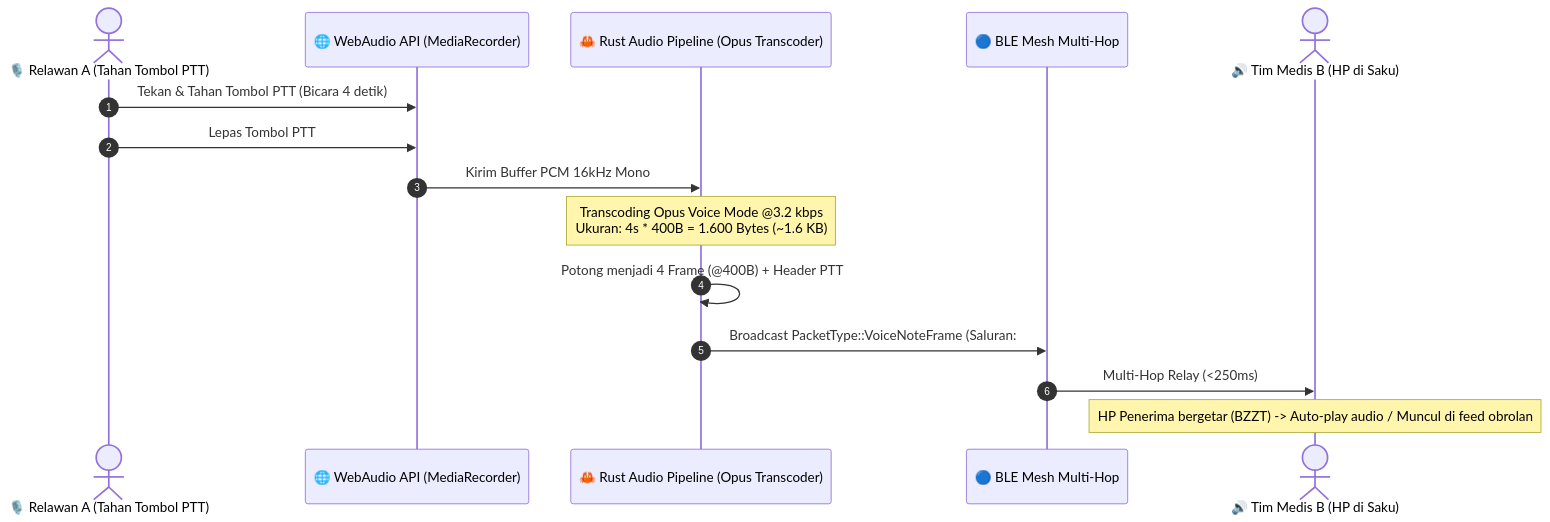
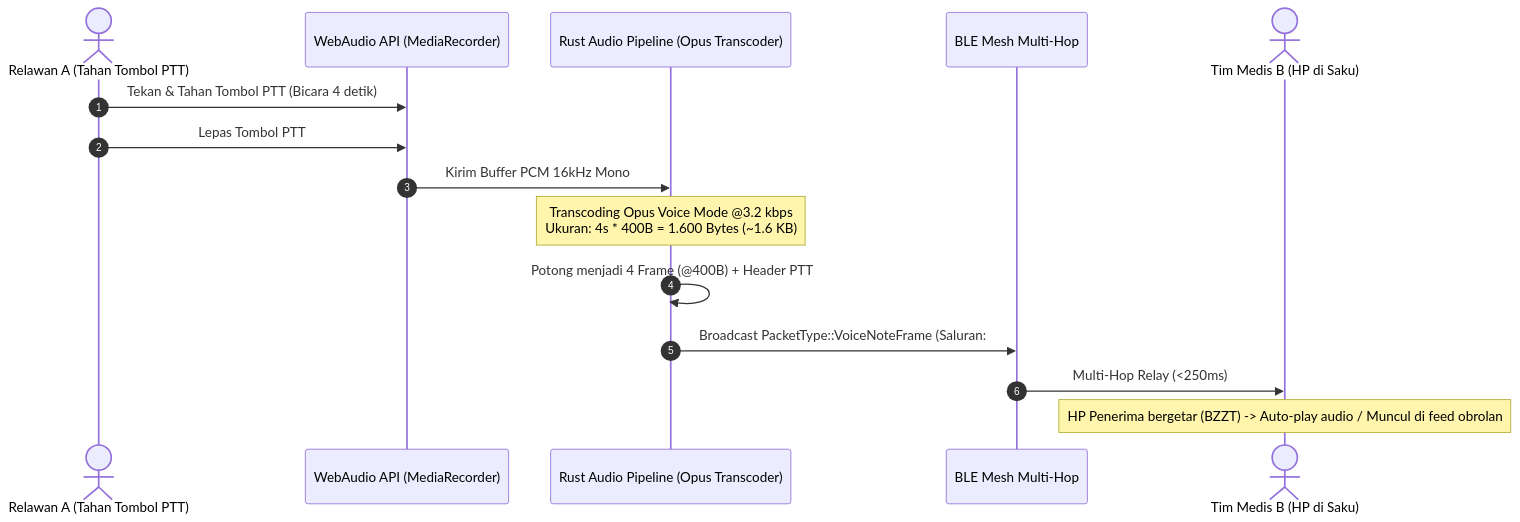
Before and after one commit to untacorp/sandya: the third of 4 diagrams in docs/spesifikasi-mesh-dan-intercom.md, drawn with Mermaid. The commit also changed other lines of this file and 218 other files, not shown here.

````diff
--- a/docs/spesifikasi-mesh-dan-intercom.md
+++ b/docs/spesifikasi-mesh-dan-intercom.md
@@ -203,18 +203,18 @@
 ```mermaid
 sequenceDiagram
-    autonumber
-    actor Pengirim as 🎙️ Relawan A (Tahan Tombol PTT)
-    participant WebAudio as 🌐 WebAudio API (MediaRecorder)
-    participant RustCore as 🦀 Rust Audio Pipeline (Opus Transcoder)
-    participant BLEMesh as 🔵 BLE Mesh Multi-Hop
-    actor Penerima as 🔊 Tim Medis B (HP di Saku)
+  autonumber
+  actor Pengirim as  Relawan A (Tahan Tombol PTT)
+  participant WebAudio as  WebAudio API (MediaRecorder)
+  participant RustCore as  Rust Audio Pipeline (Opus Transcoder)
+  participant BLEMesh as  BLE Mesh Multi-Hop
+  actor Penerima as  Tim Medis B (HP di Saku)
 
-    Pengirim->>WebAudio: Tekan & Tahan Tombol PTT (Bicara 4 detik)
-    Pengirim->>WebAudio: Lepas Tombol PTT
-    WebAudio->>RustCore: Kirim Buffer PCM 16kHz Mono
-    Note over RustCore: Transcoding Opus Voice Mode @3.2 kbps<br/>Ukuran: 4s * 400B = 1.600 Bytes (~1.6 KB)
-    RustCore->>RustCore: Potong menjadi 4 Frame (@400B) + Header PTT
-    RustCore->>BLEMesh: Broadcast PacketType::VoiceNoteFrame (Saluran: #medis)
-    BLEMesh->>Penerima: Multi-Hop Relay (<250ms)
-    Note over Penerima: HP Penerima bergetar (BZZT) -> Auto-play audio / Muncul di feed obrolan
+  Pengirim->>WebAudio: Tekan & Tahan Tombol PTT (Bicara 4 detik)
+  Pengirim->>WebAudio: Lepas Tombol PTT
+  WebAudio->>RustCore: Kirim Buffer PCM 16kHz Mono
+  Note over RustCore: Transcoding Opus Voice Mode @3.2 kbps<br/>Ukuran: 4s * 400B = 1.600 Bytes (~1.6 KB)
+  RustCore->>RustCore: Potong menjadi 4 Frame (@400B) + Header PTT
+  RustCore->>BLEMesh: Broadcast PacketType::VoiceNoteFrame (Saluran: #medis)
+  BLEMesh->>Penerima: Multi-Hop Relay (<250ms)
+  Note over Penerima: HP Penerima bergetar (BZZT) -> Auto-play audio / Muncul di feed obrolan
 ```
````
